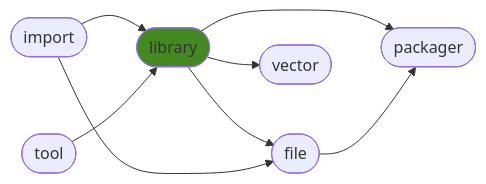
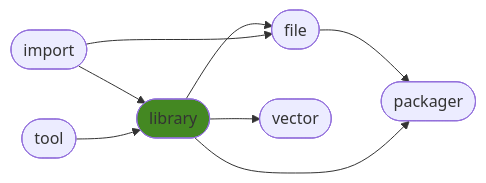
One commit to ManderaGeneral/generallibrary changed the diagram in README.md. Above: the diagram before and after it, drawn with Mermaid. The commit also changed other lines of this file, not shown here.

````diff
--- a/README.md
+++ b/README.md
@@ -24,17 +24,17 @@
 ```mermaid
 flowchart LR
+3([file]) --> 5([packager])
 2([library]) --> 5([packager])
+2([library]) --> 3([file])
 0([import]) --> 2([library])
-2([library]) --> 3([file])
-3([file]) --> 5([packager])
+1([tool]) --> 2([library])
 2([library]) --> 4([vector])
-1([tool]) --> 2([library])
 0([import]) --> 3([file])
 click 0 "https://github.com/ManderaGeneral/generalimport"
 click 1 "https://github.com/ManderaGeneral/generaltool"
 click 2 "https://github.com/ManderaGeneral/generallibrary"
 click 3 "https://github.com/ManderaGeneral/generalfile"
 click 4 "https://github.com/ManderaGeneral/generalvector"
 click 5 "https://github.com/ManderaGeneral/generalpackager"
 style 2 fill:#482
 ```
````
